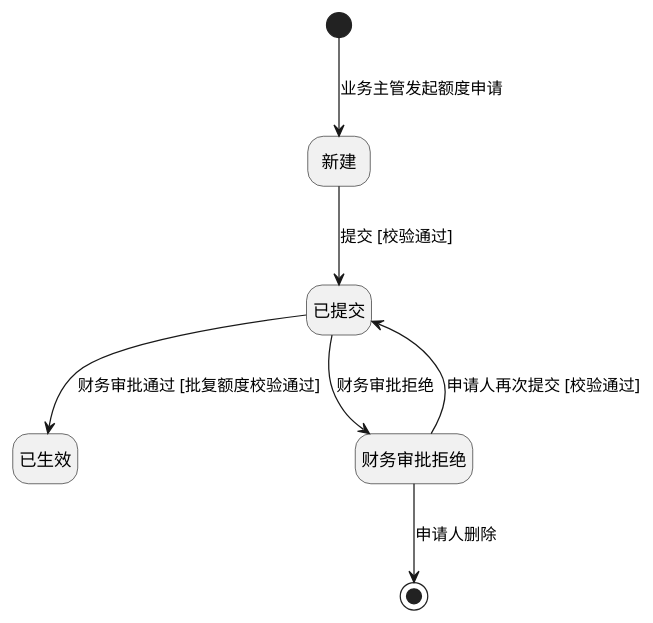
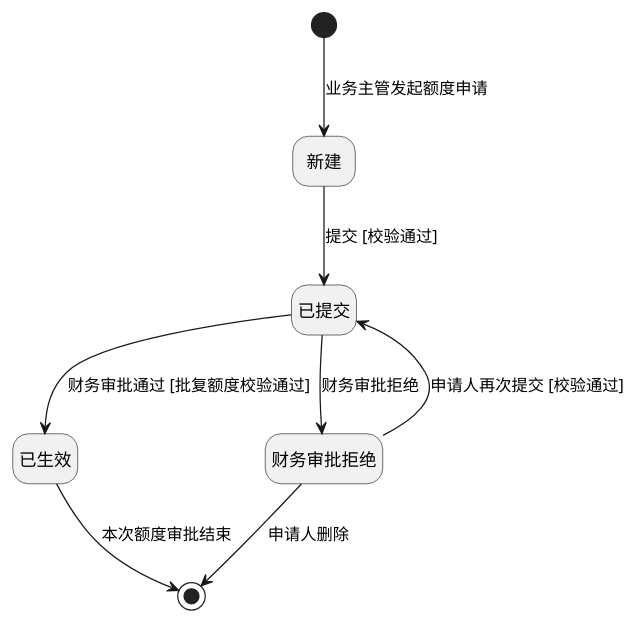
Before and after one commit to jack888332/projects-doc: the second of 2 diagrams in product-caliber/goldjet/segmented-prd/PRD.高捷物流系统一期.第003篇.基础信息-合作方档案管理.A9F351FB48.md, drawn with PlantUML. The commit also changed other lines of this file and 5 other files, not shown here.

Commit message:
优化示意图

````diff
--- a/product-caliber/goldjet/segmented-prd/PRD.高捷物流系统一期.第003篇.基础信息-合作方档案管理.A9F351FB48.md
+++ b/product-caliber/goldjet/segmented-prd/PRD.高捷物流系统一期.第003篇.基础信息-合作方档案管理.A9F351FB48.md
@@ -1691,15 +1691,16 @@
 ```plantuml
 @startuml goldjet-state-003-credit-application
 hide empty description
 state "新建" as Draft
 state "已提交" as Submitted
 state "已生效" as Effective
 state "财务审批拒绝" as Rejected
 [*] --> Draft : 业务主管发起额度申请
 Draft --> Submitted : 提交 [校验通过]
 Submitted --> Effective : 财务审批通过 [批复额度校验通过]
 Submitted --> Rejected : 财务审批拒绝
 Rejected --> Submitted : 申请人再次提交 [校验通过]
 Rejected --> [*] : 申请人删除
+Effective --> [*] : 本次额度审批结束
 @enduml
 ```
````
